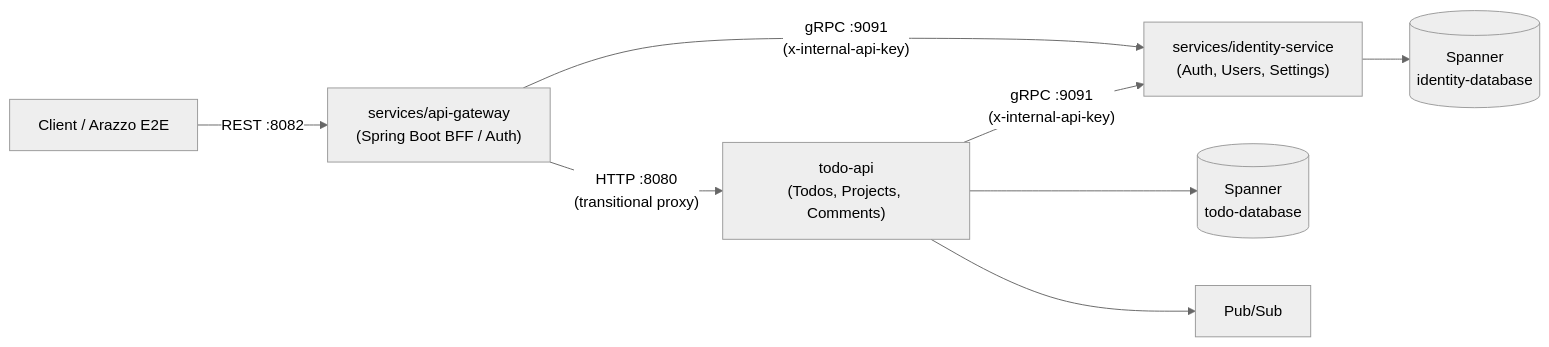
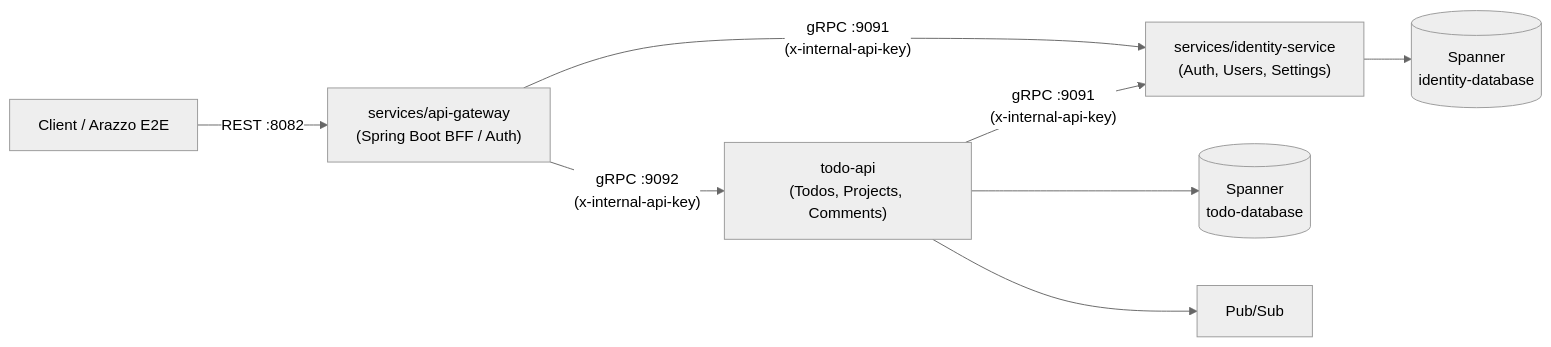
One commit to tom009924/sandbox changed the diagram in docs/architecture/microservices.md. Above: the diagram before and after it, drawn with Mermaid (neutral theme). The commit also changed other lines of this file and 28 other files, not shown here.

Commit message:
feat(microservices): add todo/project gRPC APIs and migrate api-gateway off HTTP proxy

````diff
--- a/docs/architecture/microservices.md
+++ b/docs/architecture/microservices.md
@@ -5,10 +5,10 @@
 ```mermaid
 flowchart LR
     Client["Client / Arazzo E2E"] -->|REST :8082| GW["services/api-gateway\n(Spring Boot BFF / Auth)"]
     GW -->|"gRPC :9091\n(x-internal-api-key)"| ID["services/identity-service\n(Auth, Users, Settings)"]
-    GW -->|"HTTP :8080\n(transitional proxy)"| TODO["todo-api\n(Todos, Projects, Comments)"]
+    GW -->|"gRPC :9092\n(x-internal-api-key)"| TODO["todo-api\n(Todos, Projects, Comments)"]
     TODO -->|"gRPC :9091\n(x-internal-api-key)"| ID
     ID --> IDDB[("Spanner\nidentity-database")]
     TODO --> TODODB[("Spanner\ntodo-database")]
     TODO --> PUBSUB["Pub/Sub"]
 ```
````
